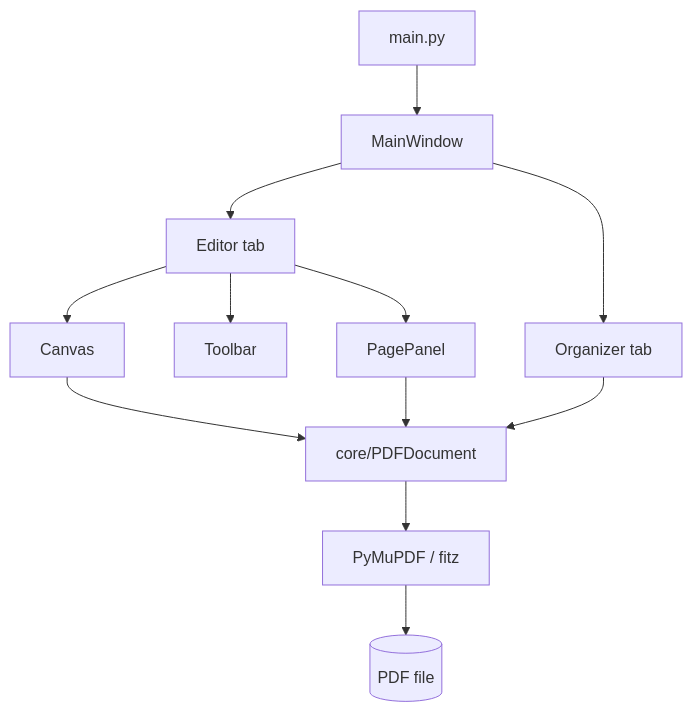
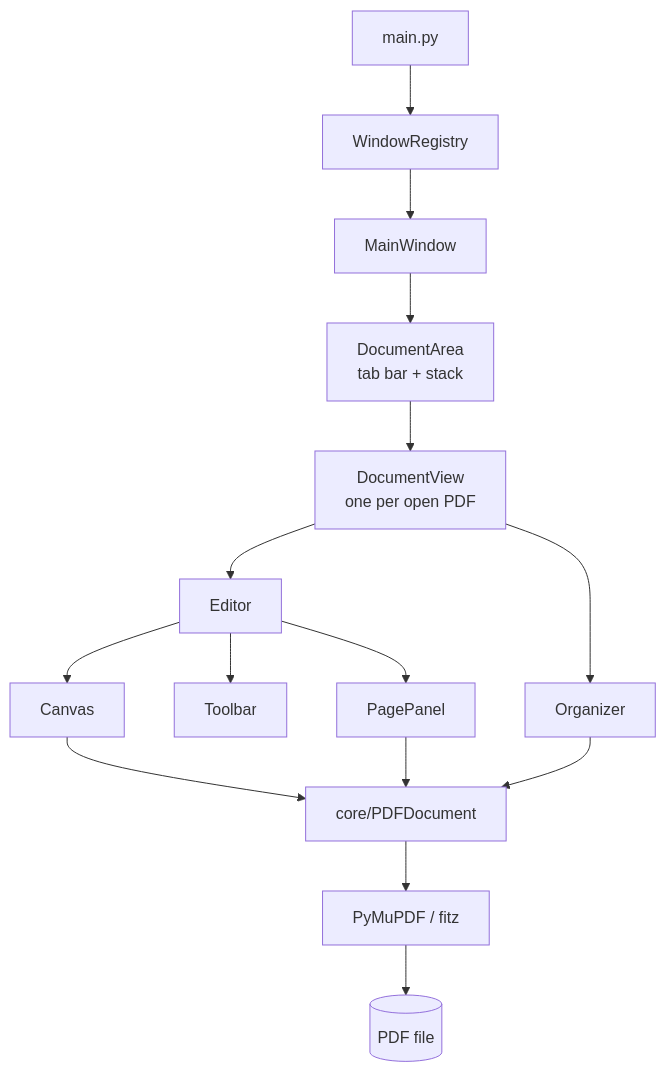
Before and after one commit to lucasrucu/rapid-pdf: the diagram in README.md, drawn with Mermaid. The commit also changed other lines of this file and 2 other files, not shown here.

````diff
--- a/README.md
+++ b/README.md
@@ -32,14 +36,17 @@
 ```mermaid
 flowchart TD
-    A[main.py] --> B[MainWindow]
-    B --> E[Editor tab]
-    B --> O[Organizer tab]
+    A[main.py] --> R[WindowRegistry]
+    R --> B[MainWindow]
+    B --> AR[DocumentArea<br/>tab bar + stack]
+    AR --> V[DocumentView<br/>one per open PDF]
+    V --> E[Editor]
+    V --> O[Organizer]
     E --> C[Canvas]
     E --> T[Toolbar]
     E --> P[PagePanel]
     C --> D[core/PDFDocument]
     O --> D
     P --> D
     D --> F[PyMuPDF / fitz]
     F --> G[(PDF file)]
 ```
````
